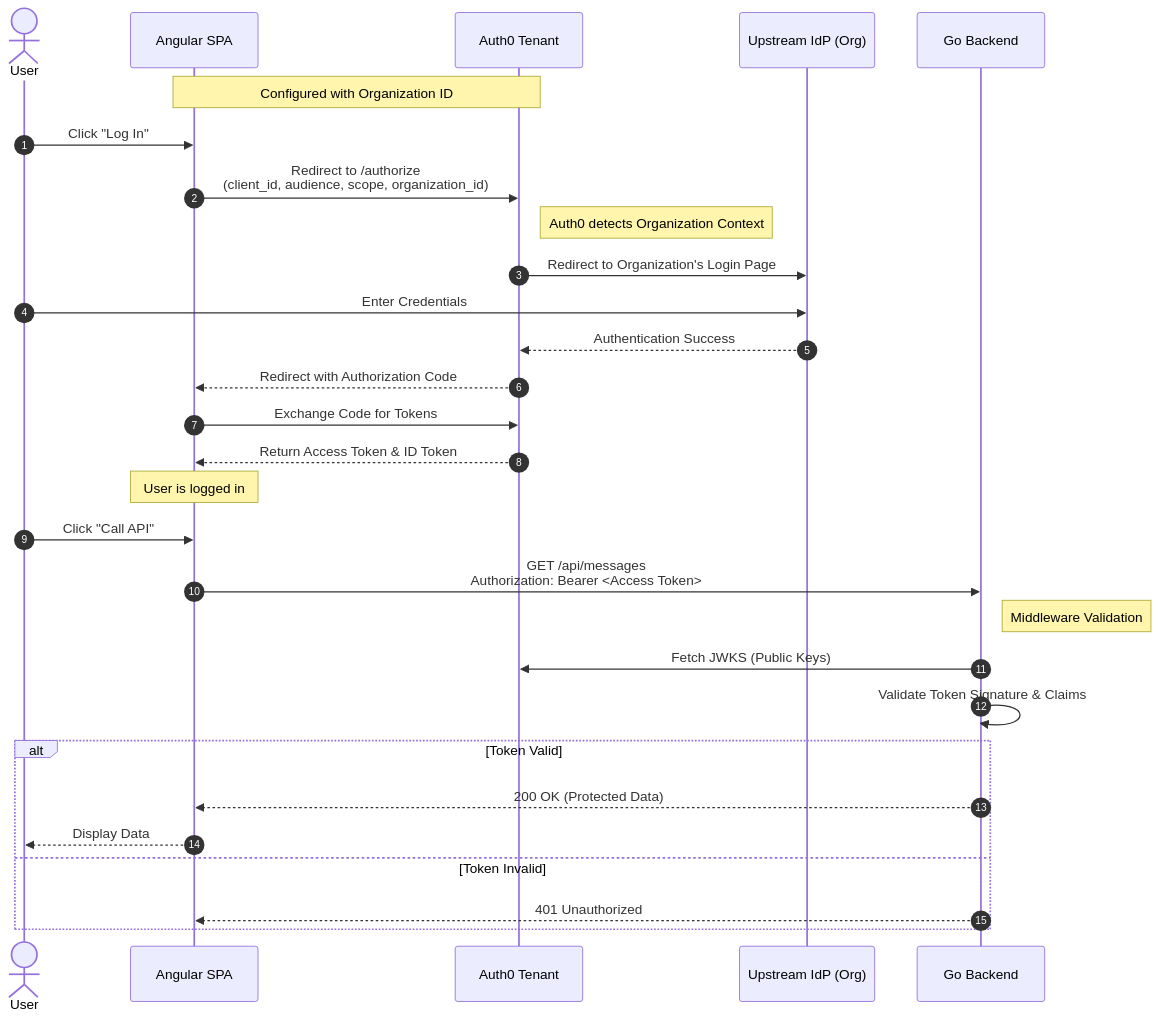
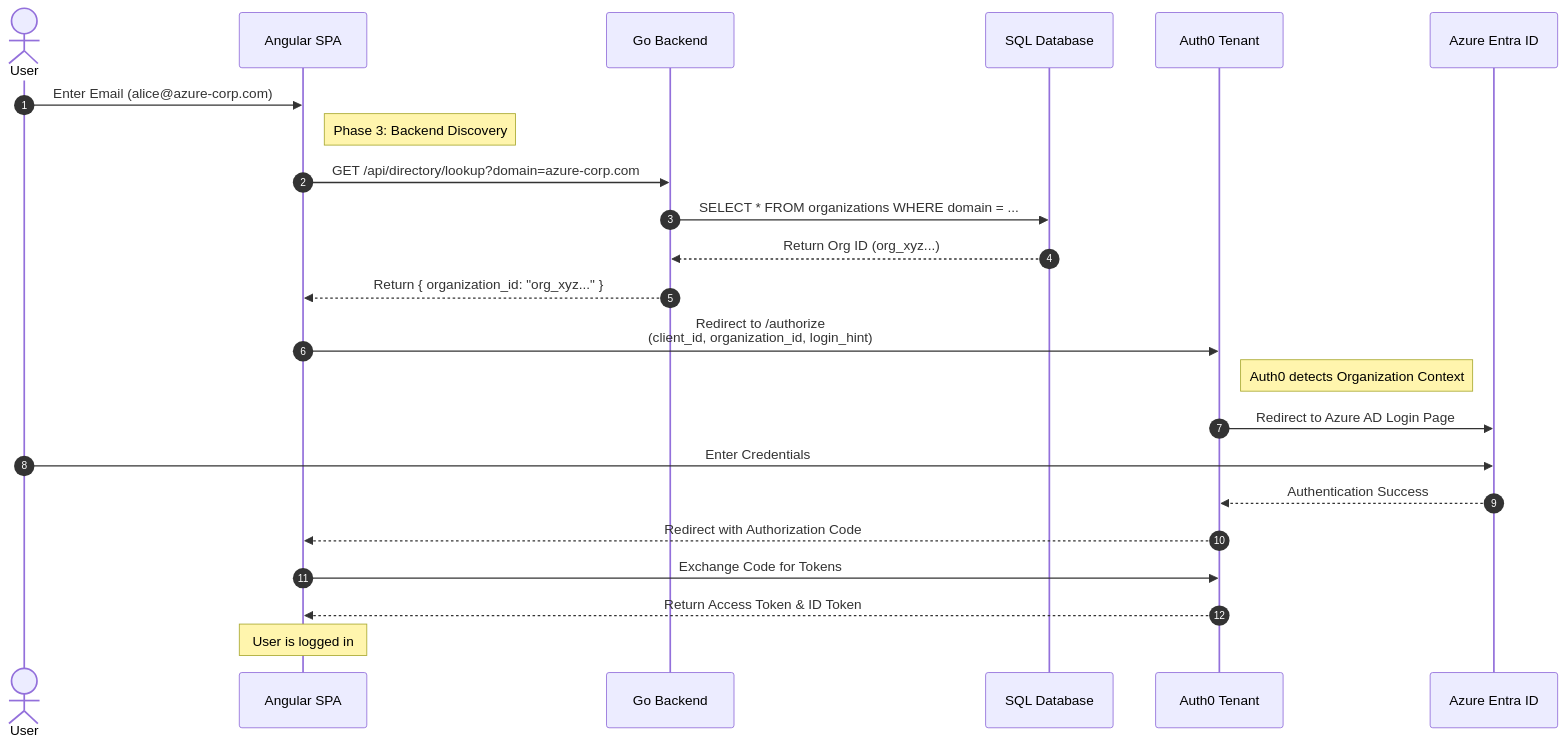
Before and after one commit to bnikanjam/FederatedAuthentication: the second of 2 diagrams in docs/architecture.md, drawn with Mermaid. The commit also changed other lines of this file, not shown here.

Commit message:
docs: Update architecture.md for Phase 3

````diff
--- a/docs/architecture.md
+++ b/docs/architecture.md
@@ -45,40 +48,32 @@
 ```mermaid
 sequenceDiagram
     autonumber
     actor User
     participant App as Angular SPA
+    participant API as Go Backend
+    participant DB as SQL Database
     participant Auth0 as Auth0 Tenant
-    participant IdP as Upstream IdP (Org)
-    participant API as Go Backend
+    participant IdP as Azure Entra ID
 
-    Note over App, Auth0: Configured with Organization ID
+    User->>App: Enter Email (alice@azure-corp.com)
+    
+    Note right of App: Phase 3: Backend Discovery
+    App->>API: GET /api/directory/lookup?domain=azure-corp.com
+    API->>DB: SELECT * FROM organizations WHERE domain = ...
+    DB-->>API: Return Org ID (org_xyz...)
+    API-->>App: Return { organization_id: "org_xyz..." }
 
-    User->>App: Click "Log In"
-    App->>Auth0: Redirect to /authorize<br/>(client_id, audience, scope, organization_id)
+    App->>Auth0: Redirect to /authorize<br/>(client_id, organization_id, login_hint)
     
     Note right of Auth0: Auth0 detects Organization Context
     
-    Auth0->>IdP: Redirect to Organization's Login Page
+    Auth0->>IdP: Redirect to Azure AD Login Page
     User->>IdP: Enter Credentials
     IdP-->>Auth0: Authentication Success
     
     Auth0-->>App: Redirect with Authorization Code
     App->>Auth0: Exchange Code for Tokens
     Auth0-->>App: Return Access Token & ID Token
     
     Note over App: User is logged in
-
-    User->>App: Click "Call API"
-    App->>API: GET /api/messages<br/>Authorization: Bearer <Access Token>
-    
-    Note right of API: Middleware Validation
-    API->>Auth0: Fetch JWKS (Public Keys)
-    API->>API: Validate Token Signature & Claims
-    
-    alt Token Valid
-        API-->>App: 200 OK (Protected Data)
-        App-->>User: Display Data
-    else Token Invalid
-        API-->>App: 401 Unauthorized
-    end
 ```
````
